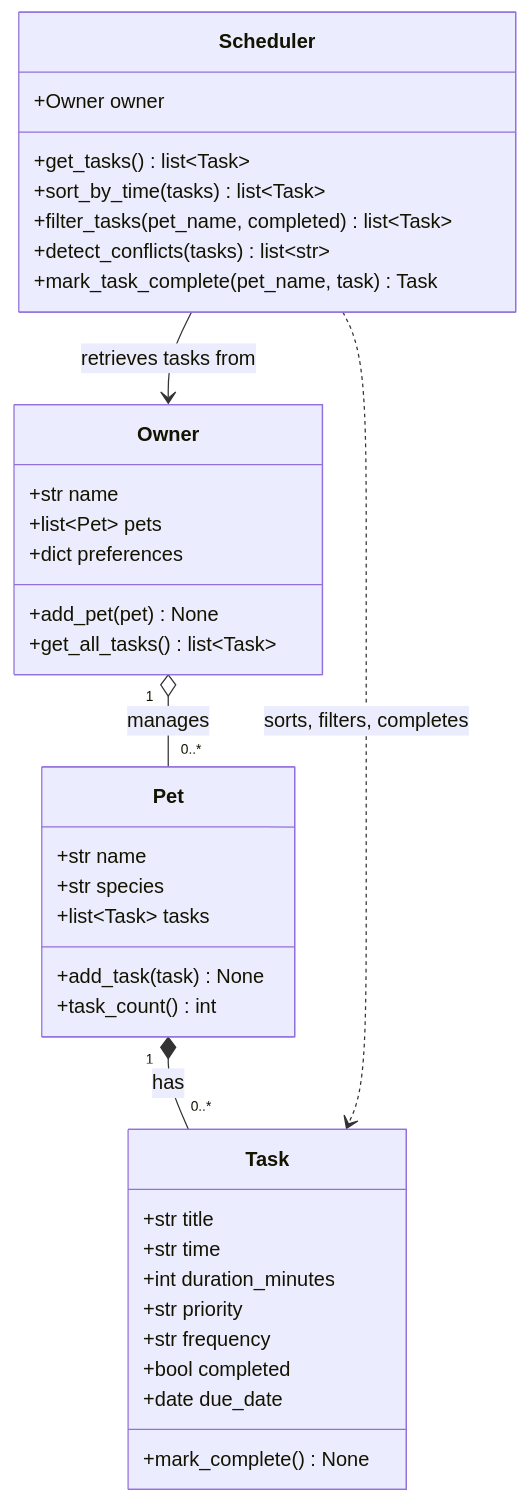
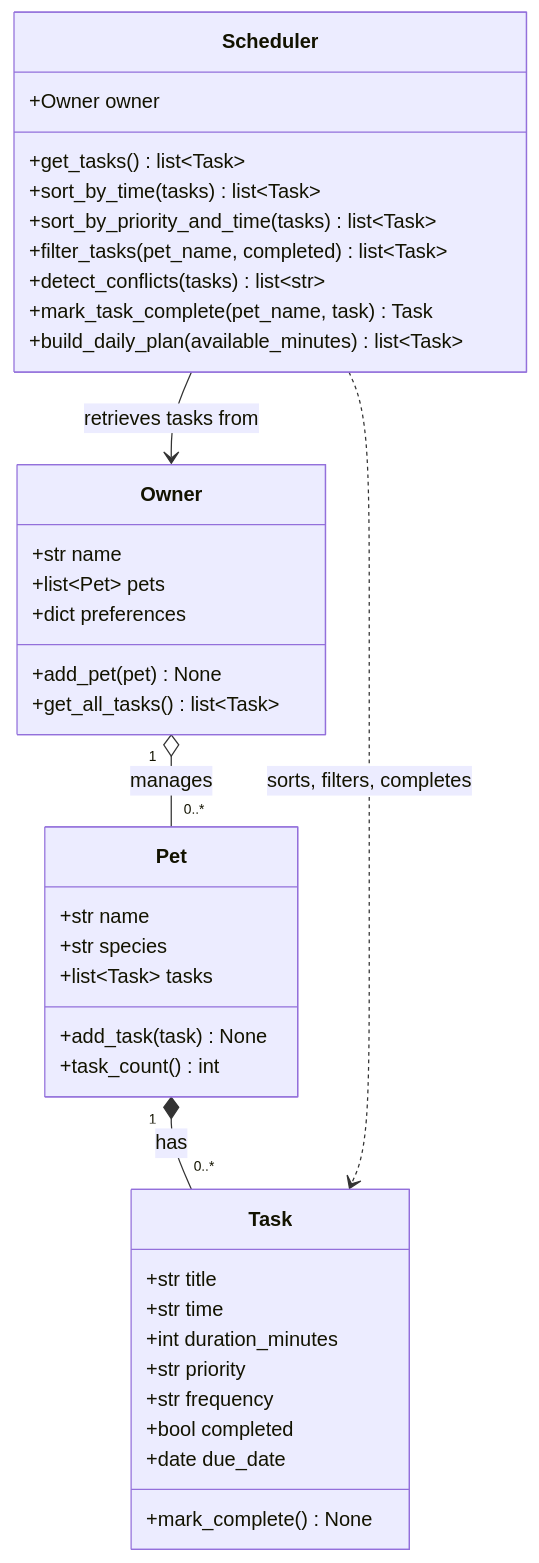
Before and after one commit to albeyscalone-cpu/ai110-module2show-pawpal-starter: the diagram in diagrams/uml_final.mmd, drawn with Mermaid. The commit also changed 9 other files, not shown here.

```diff
--- a/diagrams/uml_final.mmd
+++ b/diagrams/uml_final.mmd
@@ -1,41 +1,43 @@
 classDiagram
     class Task {
         +str title
         +str time
         +int duration_minutes
         +str priority
         +str frequency
         +bool completed
         +date due_date
         +mark_complete() None
     }
 
     class Pet {
         +str name
         +str species
         +list~Task~ tasks
         +add_task(task) None
         +task_count() int
     }
 
     class Owner {
         +str name
         +list~Pet~ pets
         +dict preferences
         +add_pet(pet) None
         +get_all_tasks() list~Task~
     }
 
     class Scheduler {
         +Owner owner
         +get_tasks() list~Task~
         +sort_by_time(tasks) list~Task~
+        +sort_by_priority_and_time(tasks) list~Task~
         +filter_tasks(pet_name, completed) list~Task~
         +detect_conflicts(tasks) list~str~
         +mark_task_complete(pet_name, task) Task
+        +build_daily_plan(available_minutes) list~Task~
     }
 
     Owner "1" o-- "0..*" Pet : manages
     Pet "1" *-- "0..*" Task : has
     Scheduler --> Owner : retrieves tasks from
     Scheduler ..> Task : sorts, filters, completes
```
